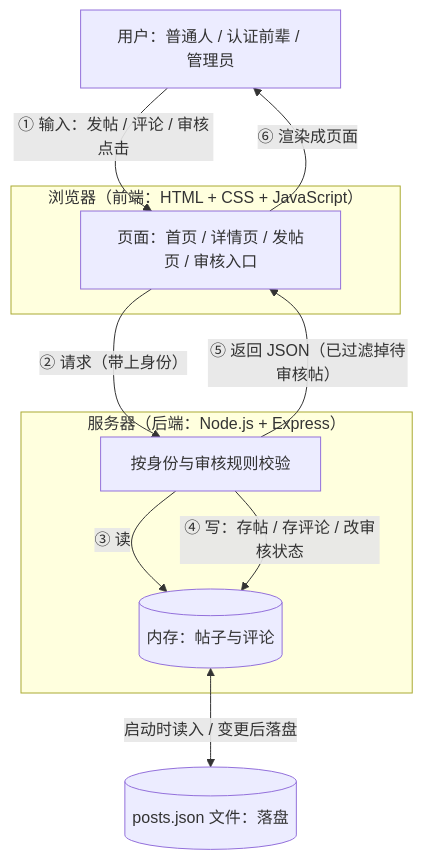
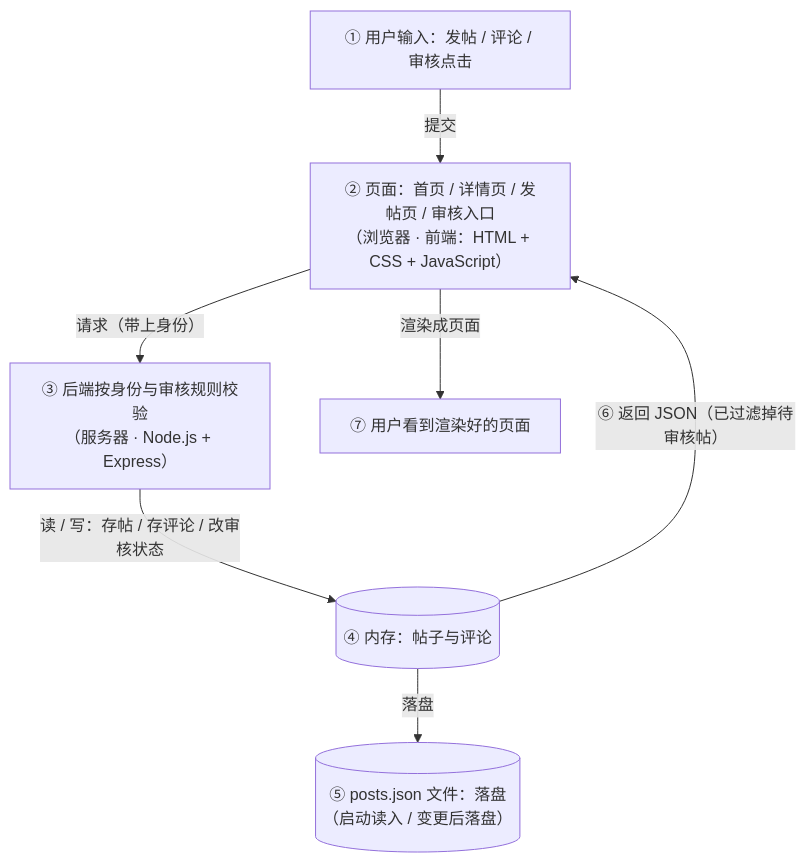
The diagram in TECH_DESIGN.md (xqree-baby/Falsity001), drawn with Mermaid before and after one commit. The commit also changed other lines of this file, not shown here.

Commit message:
Day 5｜修复数据流图在 GitHub 的渲染错误
改了什么：重画 2.1 数据流图，去除同一对节点间的重复/反向箭头（该结构会触发 mermaid "Could not find a suitable point for the given distance"），读法改为 ①→⑦
加了什么：无

````diff
--- a/TECH_DESIGN.md
+++ b/TECH_DESIGN.md
@@ -37,23 +37,16 @@
 ```mermaid
 flowchart TB
-  People["用户：普通人 / 认证前辈 / 管理员"]
+  In["① 用户输入：发帖 / 评论 / 审核点击"]
+  Page["② 页面：首页 / 详情页 / 发帖页 / 审核入口<br/>（浏览器 · 前端：HTML + CSS + JavaScript）"]
+  Rule["③ 后端按身份与审核规则校验<br/>（服务器 · Node.js + Express）"]
+  Mem[("④ 内存：帖子与评论")]
+  Store[("⑤ posts.json 文件：落盘<br/>（启动读入 / 变更后落盘）")]
+  Out["⑦ 用户看到渲染好的页面"]
 
-  subgraph Browser["浏览器（前端：HTML + CSS + JavaScript）"]
-    Page["页面：首页 / 详情页 / 发帖页 / 审核入口"]
-  end
-
-  subgraph Server["服务器（后端：Node.js + Express）"]
-    Rule["按身份与审核规则校验"]
-    Mem[("内存：帖子与评论")]
-  end
-
-  File[("posts.json 文件：落盘")]
-
-  People -->|"① 输入：发帖 / 评论 / 审核点击"| Page
-  Page -->|"② 请求（带上身份）"| Rule
-  Rule -->|"③ 读"| Mem
-  Rule -->|"④ 写：存帖 / 存评论 / 改审核状态"| Mem
-  Mem <-->|"启动时读入 / 变更后落盘"| File
-  Rule -->|"⑤ 返回 JSON（已过滤掉待审核帖）"| Page
-  Page -->|"⑥ 渲染成页面"| People
+  In -->|"提交"| Page
+  Page -->|"请求（带上身份）"| Rule
+  Rule -->|"读 / 写：存帖 / 存评论 / 改审核状态"| Mem
+  Mem -->|"⑥ 返回 JSON（已过滤掉待审核帖）"| Page
+  Page -->|"渲染成页面"| Out
+  Mem -->|"落盘"| Store
 ```
````
